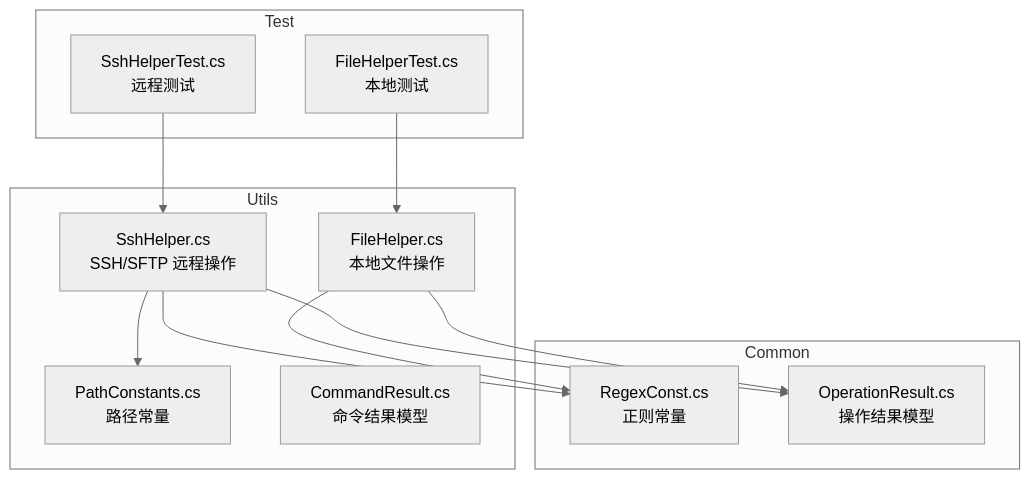
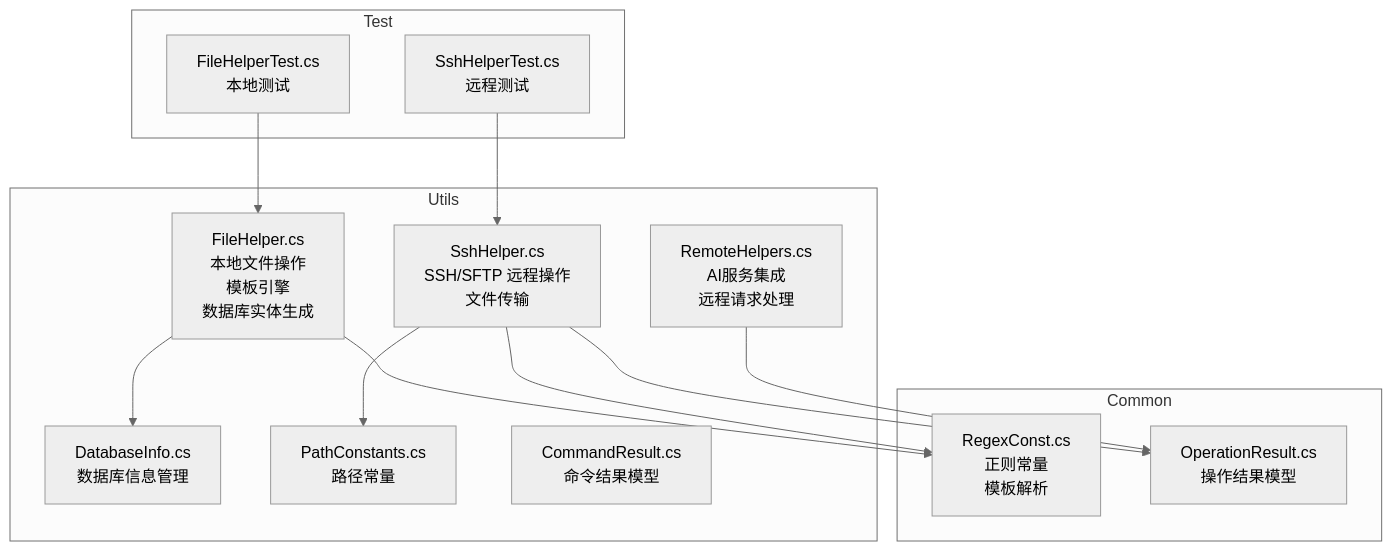
The first of 10 diagrams in .qoder/repowiki/zh/content/工具库详解/文件操作工具.md (Sosososolong/AirGo), drawn with Mermaid (neutral theme) before and after one commit. The commit also changed other lines of this file and 3 other files, not shown here.

````diff
--- a/.qoder/repowiki/zh/content/工具库详解/文件操作工具.md
+++ b/.qoder/repowiki/zh/content/工具库详解/文件操作工具.md
@@ -41,24 +55,27 @@
 ```mermaid
 graph TB
 subgraph "Utils"
-FH["FileHelper.cs<br/>本地文件操作"]
-SH["SshHelper.cs<br/>SSH/SFTP 远程操作"]
+FH["FileHelper.cs<br/>本地文件操作<br/>模板引擎<br/>数据库实体生成"]
+SH["SshHelper.cs<br/>SSH/SFTP 远程操作<br/>文件传输"]
+RH["RemoteHelpers.cs<br/>AI服务集成<br/>远程请求处理"]
+DBI["DatabaseInfo.cs<br/>数据库信息管理"]
 PC["PathConstants.cs<br/>路径常量"]
 CR["CommandResult.cs<br/>命令结果模型"]
 end
 subgraph "Common"
-RC["RegexConst.cs<br/>正则常量"]
+RC["RegexConst.cs<br/>正则常量<br/>模板解析"]
 OR["OperationResult.cs<br/>操作结果模型"]
 end
 subgraph "Test"
 SHT["SshHelperTest.cs<br/>远程测试"]
 FHT["FileHelperTest.cs<br/>本地测试"]
 end
+FH --> RC
+FH --> DBI
 SH --> RC
-FH --> RC
 SH --> OR
-FH --> OR
+RH --> OR
 SHT --> SH
 FHT --> FH
 SH --> PC
 ```
````
